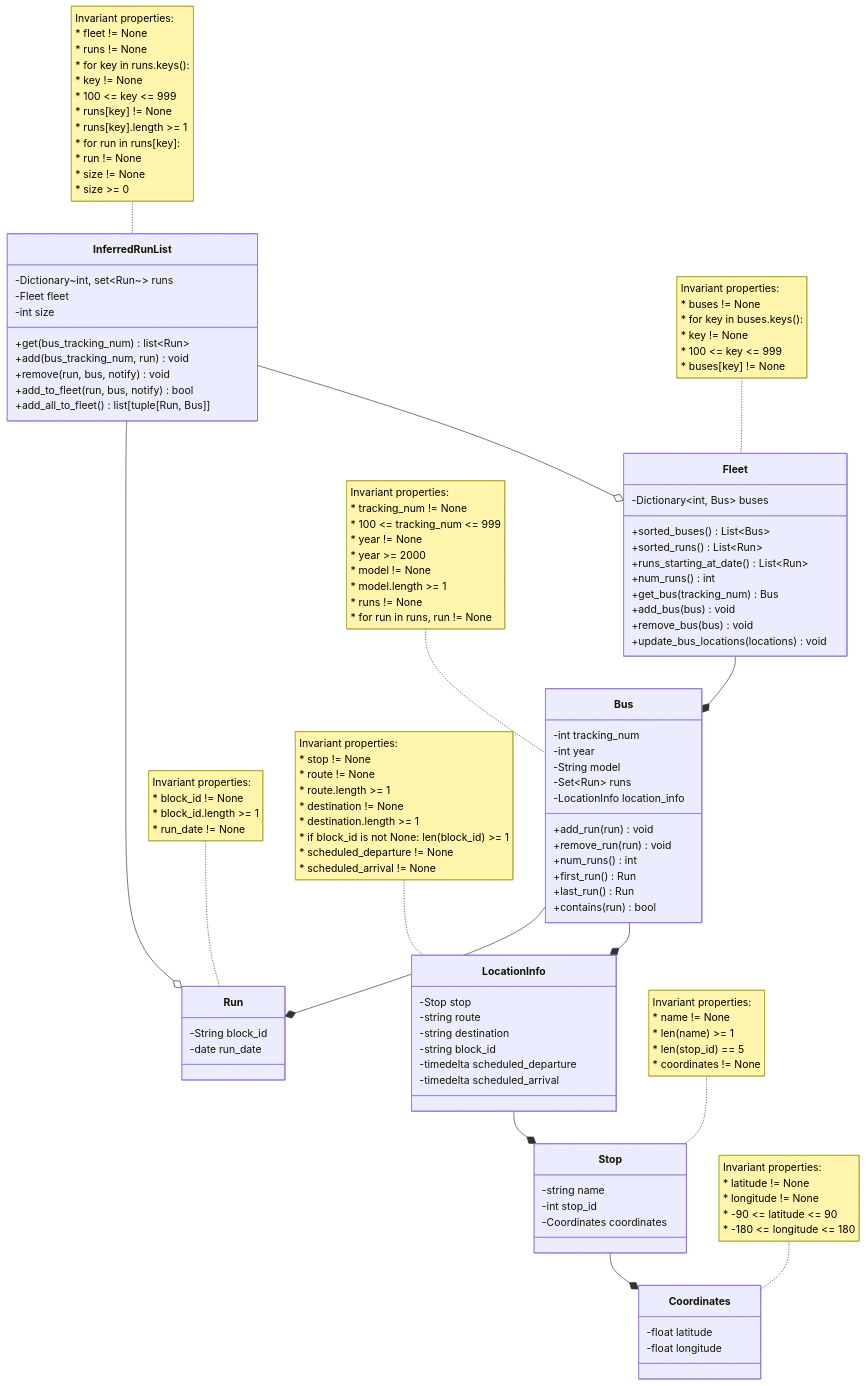
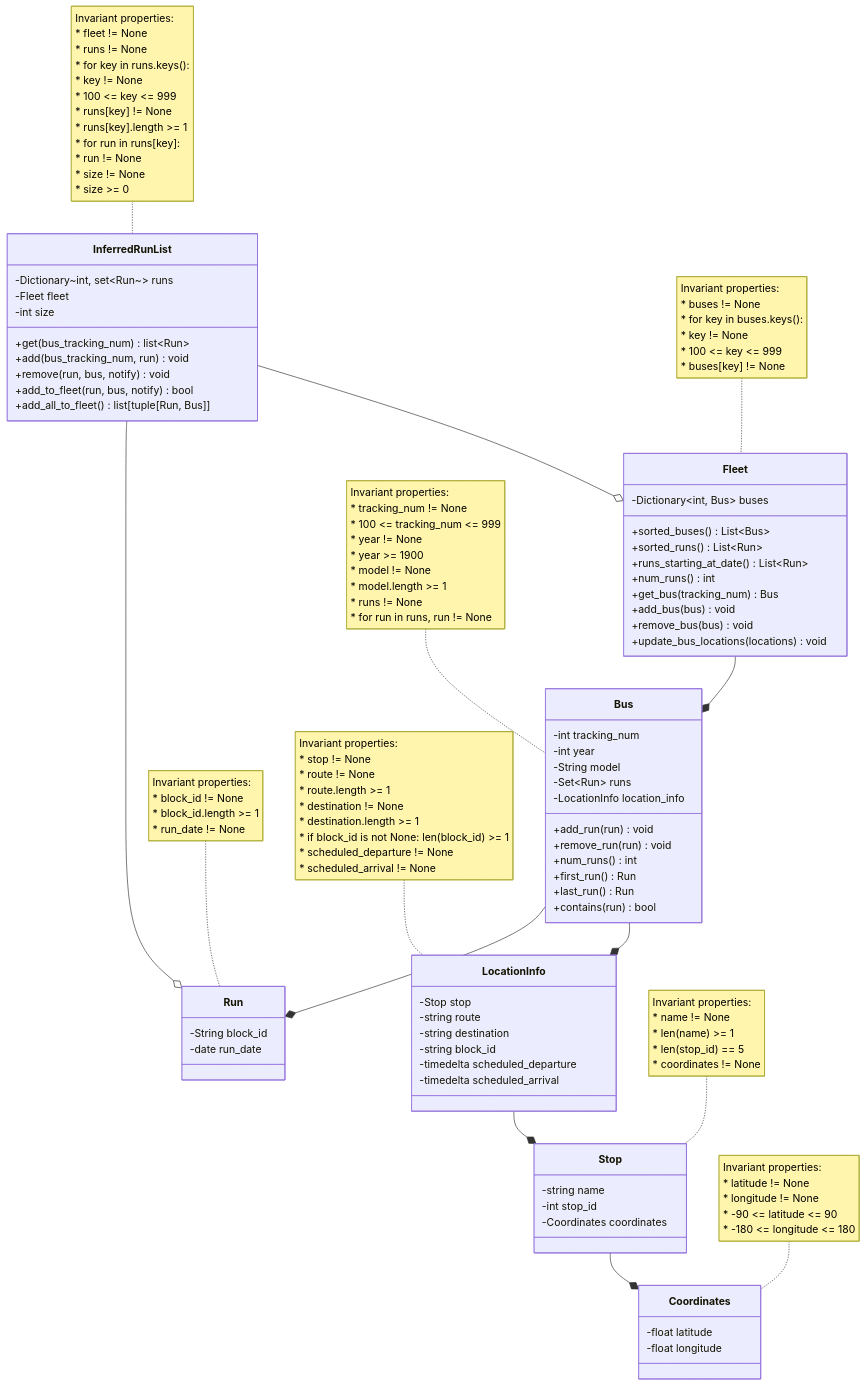
Before and after one commit to Michel-Prejet/zeb-tracker: the diagram in domain.md, drawn with Mermaid. The commit also changed 40 other files, not shown here.

```diff
--- a/domain.md
+++ b/domain.md
@@ -46,7 +46,7 @@
     * tracking_num != None
     * 100 <= tracking_num <= 999
     * year != None
-    * year >= 2000
+    * year >= 1900
     * model != None
     * model.length >= 1
     * runs != None
```
